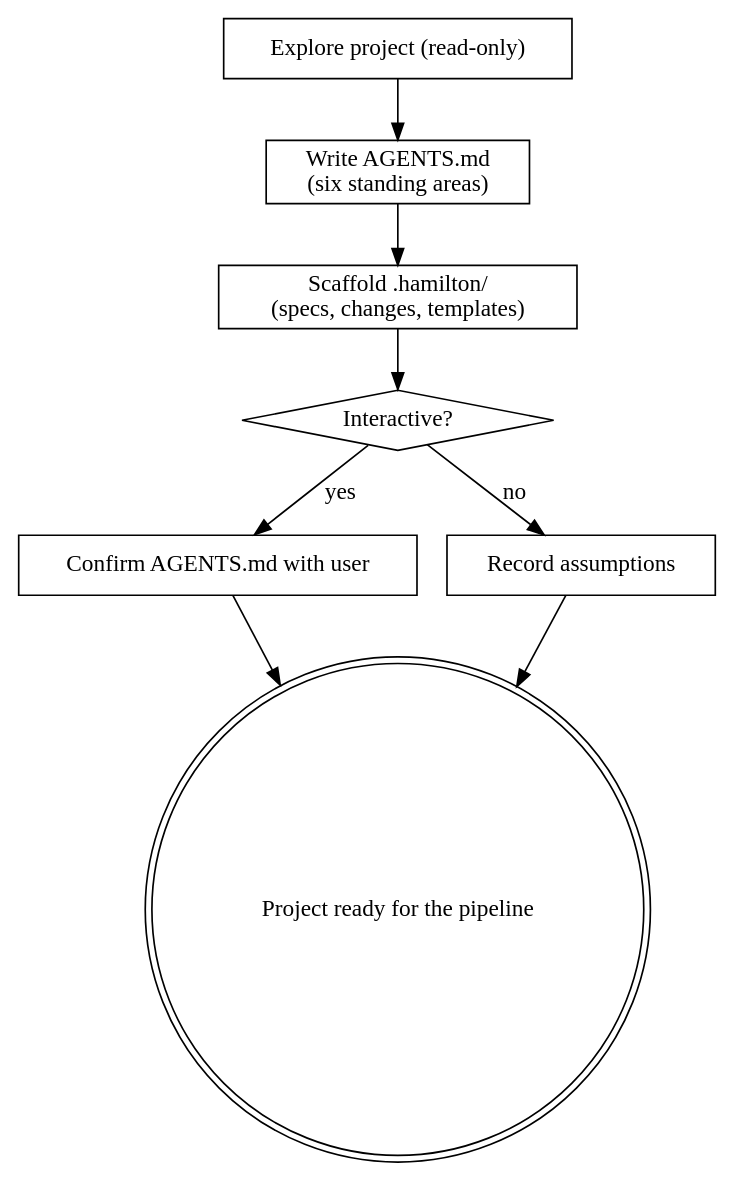
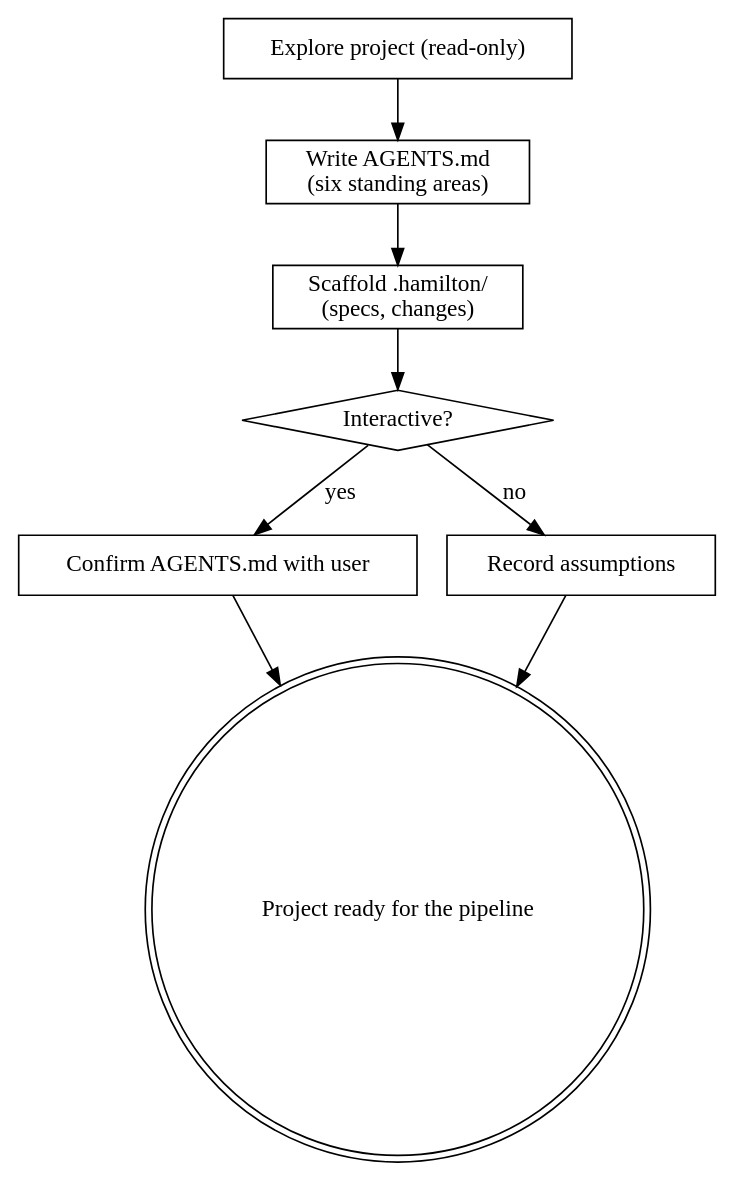
Before and after one commit to caiorcferreira/hamilton: the diagram in skills/hamilton-init/SKILL.md, drawn with Graphviz. The commit also changed other lines of this file and 9 other files, not shown here.

````diff
--- a/skills/hamilton-init/SKILL.md
+++ b/skills/hamilton-init/SKILL.md
@@ -63,19 +64,19 @@
 ```dot
 digraph hamilton_init {
     "Explore project (read-only)" [shape=box];
     "Write AGENTS.md\n(six standing areas)" [shape=box];
-    "Scaffold .hamilton/\n(specs, changes, templates)" [shape=box];
+    "Scaffold .hamilton/\n(specs, changes)" [shape=box];
     "Interactive?" [shape=diamond];
     "Confirm AGENTS.md with user" [shape=box];
     "Record assumptions" [shape=box];
     "Project ready for the pipeline" [shape=doublecircle];
 
     "Explore project (read-only)" -> "Write AGENTS.md\n(six standing areas)";
-    "Write AGENTS.md\n(six standing areas)" -> "Scaffold .hamilton/\n(specs, changes, templates)";
-    "Scaffold .hamilton/\n(specs, changes, templates)" -> "Interactive?";
+    "Write AGENTS.md\n(six standing areas)" -> "Scaffold .hamilton/\n(specs, changes)";
+    "Scaffold .hamilton/\n(specs, changes)" -> "Interactive?";
     "Interactive?" -> "Confirm AGENTS.md with user" [label="yes"];
     "Interactive?" -> "Record assumptions" [label="no"];
     "Confirm AGENTS.md with user" -> "Project ready for the pipeline";
     "Record assumptions" -> "Project ready for the pipeline";
 }
 ```
````
